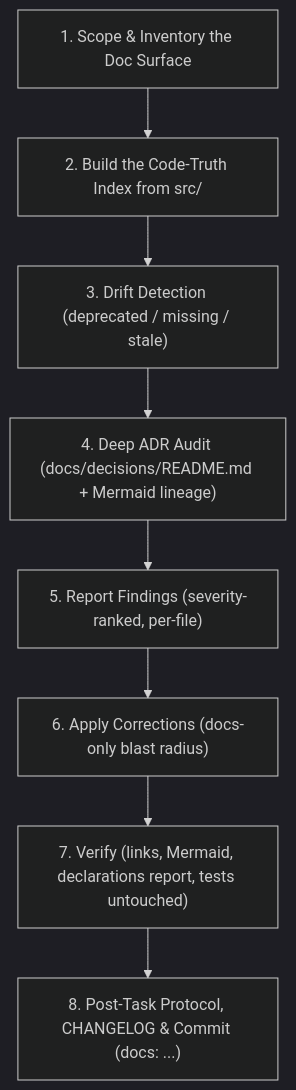
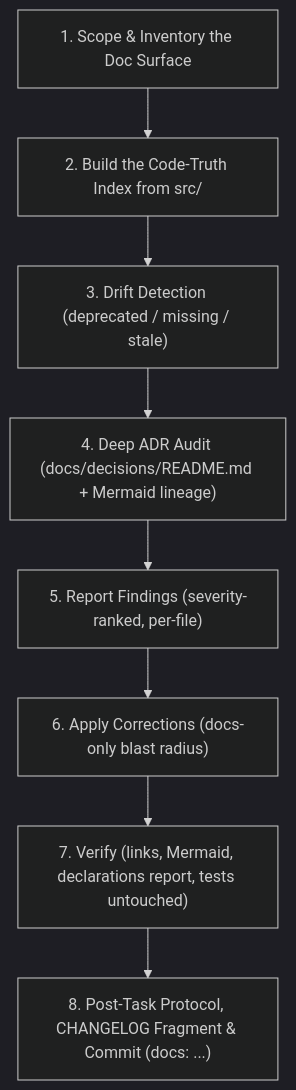
Before and after one commit to SteveRodrigue/MCD: the diagram in .agents/skills/documentation-audit/SKILL.md, drawn with Mermaid (dark theme). The commit also changed other lines of this file and 17 other files, not shown here.

````diff
--- a/.agents/skills/documentation-audit/SKILL.md
+++ b/.agents/skills/documentation-audit/SKILL.md
@@ -125,10 +125,10 @@
 ```mermaid
 flowchart TD
     D1["1. Scope & Inventory the Doc Surface"] --> D2["2. Build the Code-Truth Index from src/"]
     D2 --> D3["3. Drift Detection (deprecated / missing / stale)"]
     D3 --> D4["4. Deep ADR Audit (docs/decisions/README.md + Mermaid lineage)"]
     D4 --> D5["5. Report Findings (severity-ranked, per-file)"]
     D5 --> D6["6. Apply Corrections (docs-only blast radius)"]
     D6 --> D7["7. Verify (links, Mermaid, declarations report, tests untouched)"]
-    D7 --> D8["8. Post-Task Protocol, CHANGELOG & Commit (docs: ...)"]
+    D7 --> D8["8. Post-Task Protocol, CHANGELOG Fragment & Commit (docs: ...)"]
 ```
````
